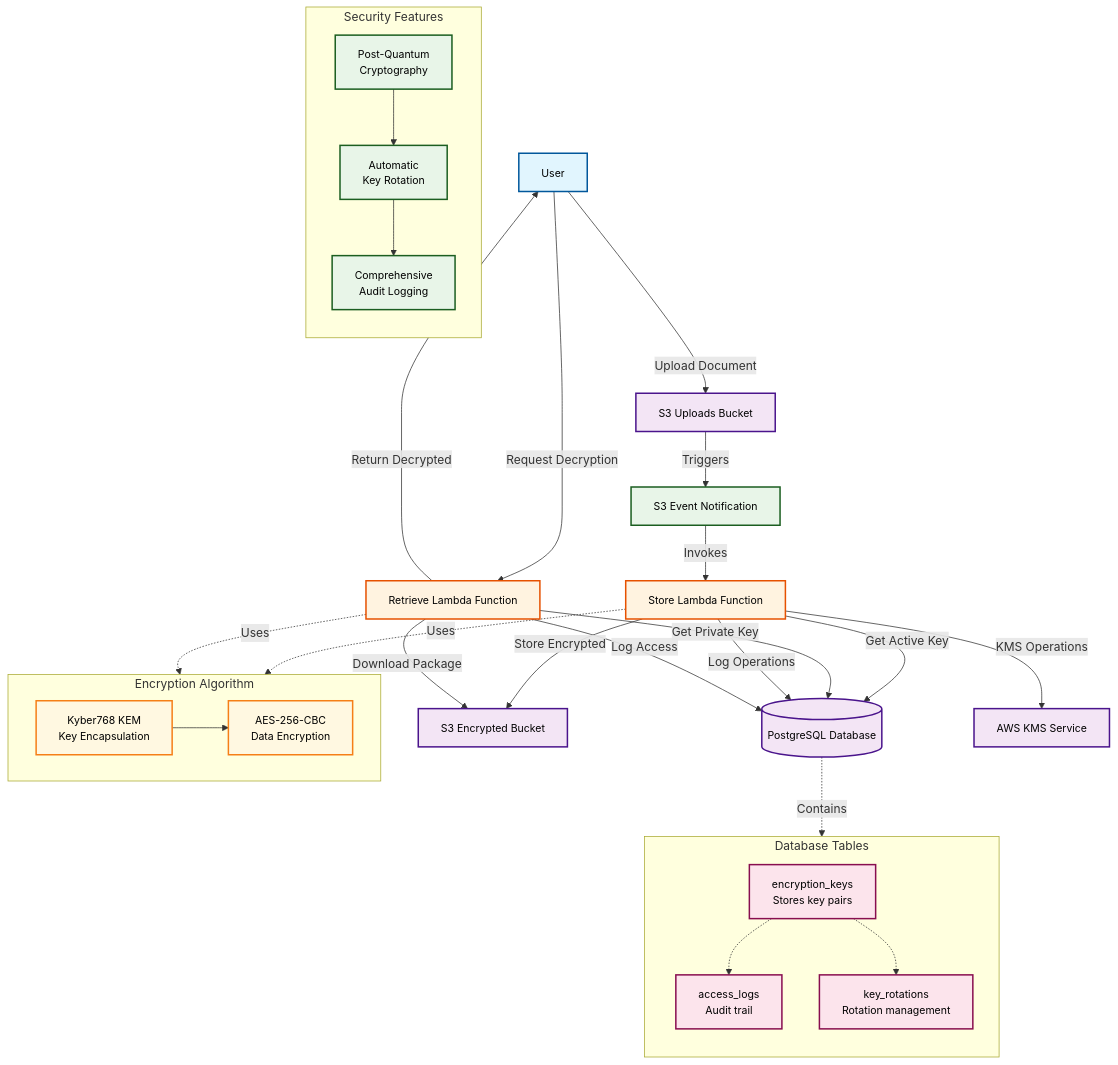
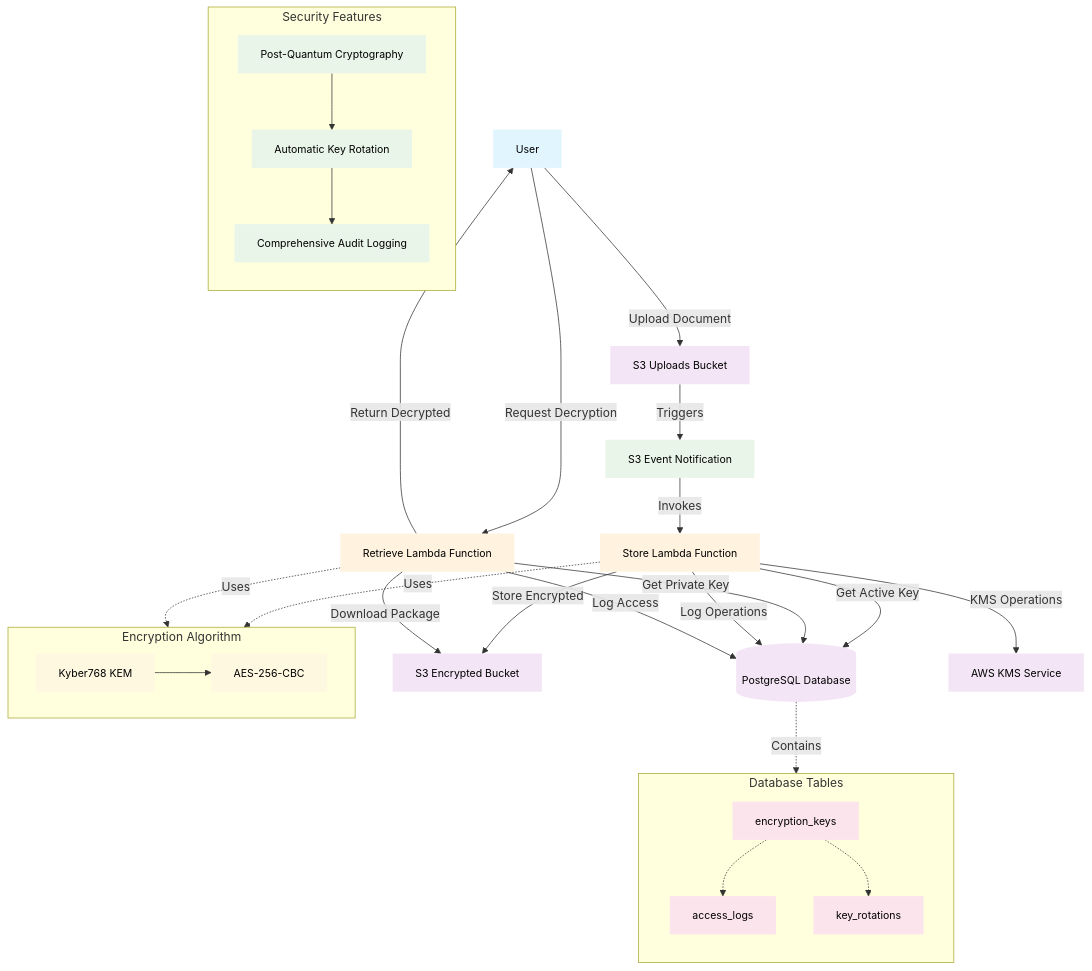
One commit to m1rl0k/pqfile changed the diagram in architecture.mmd. Above: the diagram before and after it, drawn with Mermaid.

```diff
--- a/architecture.mmd
+++ b/architecture.mmd
@@ -1,86 +1,86 @@
 graph TB
     %% External Components
     User["User"]
     S3Upload["S3 Uploads Bucket"]
     S3Encrypted["S3 Encrypted Bucket"]
 
     %% Core Services
     StoreL["Store Lambda Function"]
     RetrieveL["Retrieve Lambda Function"]
     DB[("PostgreSQL Database")]
     KMS["AWS KMS Service"]
 
     %% Event Flow
     S3Event["S3 Event Notification"]
     
     %% User Interactions
     User -->|Upload Document| S3Upload
     User -->|Request Decryption| RetrieveL
 
     %% Automatic Encryption Flow
     S3Upload -->|Triggers| S3Event
     S3Event -->|Invokes| StoreL
     StoreL -->|Get Active Key| DB
     StoreL -->|KMS Operations| KMS
     StoreL -->|Store Encrypted| S3Encrypted
 
     %% Decryption Flow
     RetrieveL -->|Get Private Key| DB
     RetrieveL -->|Download Package| S3Encrypted
     RetrieveL -->|Return Decrypted| User
 
     %% Database Operations
     StoreL -->|Log Operations| DB
     RetrieveL -->|Log Access| DB
     
     %% Algorithm Details
     subgraph Algo ["Encryption Algorithm"]
         direction LR
-        Kyber["Kyber768 KEM<br/>Key Encapsulation"]
-        AES["AES-256-CBC<br/>Data Encryption"]
+        Kyber["Kyber768 KEM"]
+        AES["AES-256-CBC"]
         Kyber --> AES
     end
 
     StoreL -.->|Uses| Algo
     RetrieveL -.->|Uses| Algo
 
     %% Database Schema
     subgraph DBSchema ["Database Tables"]
         direction TB
-        EncKeys["encryption_keys<br/>Stores key pairs"]
-        AccessLogs["access_logs<br/>Audit trail"]
-        KeyRotations["key_rotations<br/>Rotation management"]
+        EncKeys["encryption_keys"]
+        AccessLogs["access_logs"]
+        KeyRotations["key_rotations"]
 
         EncKeys -.-> AccessLogs
         EncKeys -.-> KeyRotations
     end
 
     DB -.->|Contains| DBSchema
 
     %% Security Features
     subgraph Security ["Security Features"]
         direction TB
-        PQC["Post-Quantum<br/>Cryptography"]
-        KeyRot["Automatic<br/>Key Rotation"]
-        Audit["Comprehensive<br/>Audit Logging"]
+        PQC["Post-Quantum Cryptography"]
+        KeyRot["Automatic Key Rotation"]
+        Audit["Comprehensive Audit Logging"]
 
         PQC --> KeyRot
         KeyRot --> Audit
     end
     
     %% Styling
-    classDef userClass fill:#e1f5fe,stroke:#01579b,stroke-width:2px,font-size:14px,color:#000
-    classDef lambdaClass fill:#fff3e0,stroke:#e65100,stroke-width:2px,font-size:14px,color:#000
-    classDef storageClass fill:#f3e5f5,stroke:#4a148c,stroke-width:2px,font-size:14px,color:#000
-    classDef eventClass fill:#e8f5e8,stroke:#1b5e20,stroke-width:2px,font-size:14px,color:#000
-    classDef algorithmClass fill:#fff8e1,stroke:#f57f17,stroke-width:2px,font-size:14px,color:#000
-    classDef dbClass fill:#fce4ec,stroke:#880e4f,stroke-width:2px,font-size:14px,color:#000
+    classDef userClass fill:#e1f5fe,stroke:none,font-size:14px,color:#000
+    classDef lambdaClass fill:#fff3e0,stroke:none,font-size:14px,color:#000
+    classDef storageClass fill:#f3e5f5,stroke:none,font-size:14px,color:#000
+    classDef eventClass fill:#e8f5e8,stroke:none,font-size:14px,color:#000
+    classDef algorithmClass fill:#fff8e1,stroke:none,font-size:14px,color:#000
+    classDef dbClass fill:#fce4ec,stroke:none,font-size:14px,color:#000
 
     class User userClass
     class StoreL,RetrieveL lambdaClass
     class S3Upload,S3Encrypted storageClass
     class DB,KMS storageClass
     class S3Event eventClass
     class Kyber,AES algorithmClass
     class EncKeys,AccessLogs,KeyRotations dbClass
     class PQC,KeyRot,Audit eventClass
```
